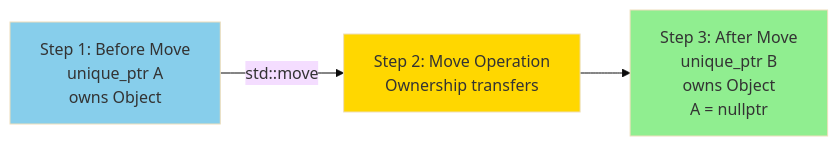
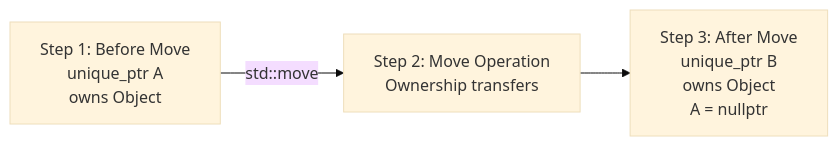
The third of 9 diagrams in Unique pointers.md (sushmitassathe25/Cpp-Pointers), drawn with Mermaid (base theme) before and after one commit. The commit also changed other lines of this file, not shown here.

````diff
--- a/Unique pointers.md
+++ b/Unique pointers.md
@@ -68,9 +49,6 @@
 ```mermaid
 graph LR
     A["Step 1: Before Move<br/>unique_ptr A<br/>owns Object"] -->|std::move| B["Step 2: Move Operation<br/>Ownership transfers"]
     B --> C["Step 3: After Move<br/>unique_ptr B<br/>owns Object<br/>A = nullptr"]
     
-    style A fill:#87CEEB
-    style B fill:#FFD700
-    style C fill:#90EE90
 ```
````
